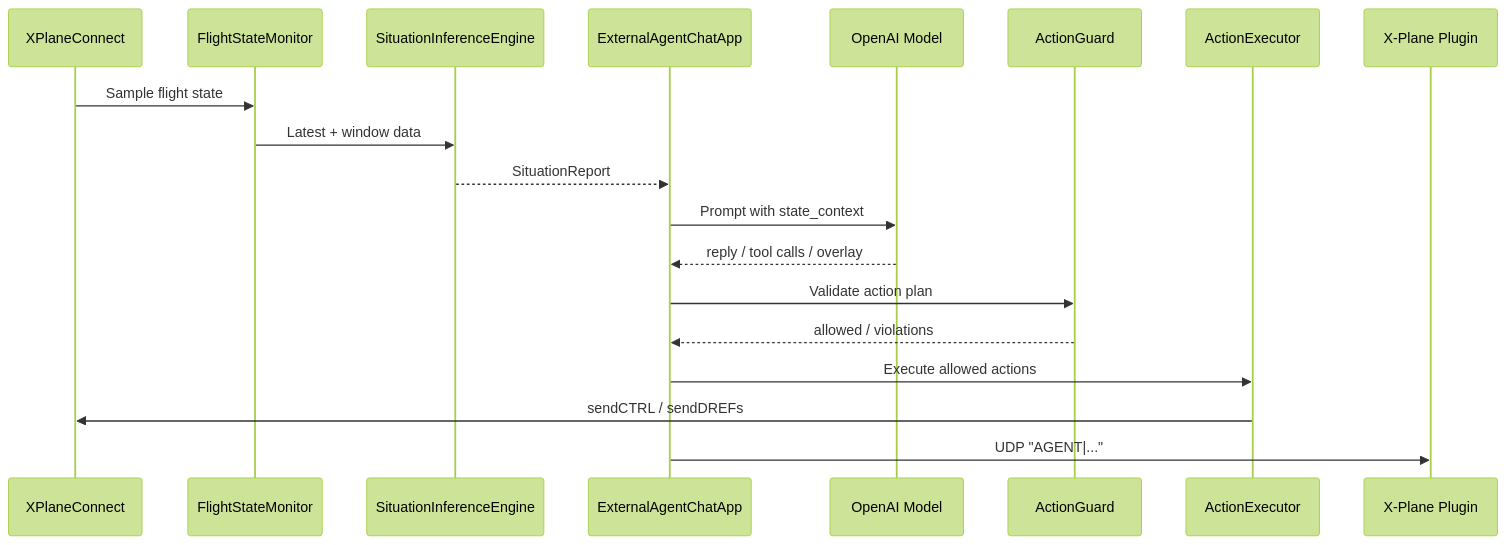
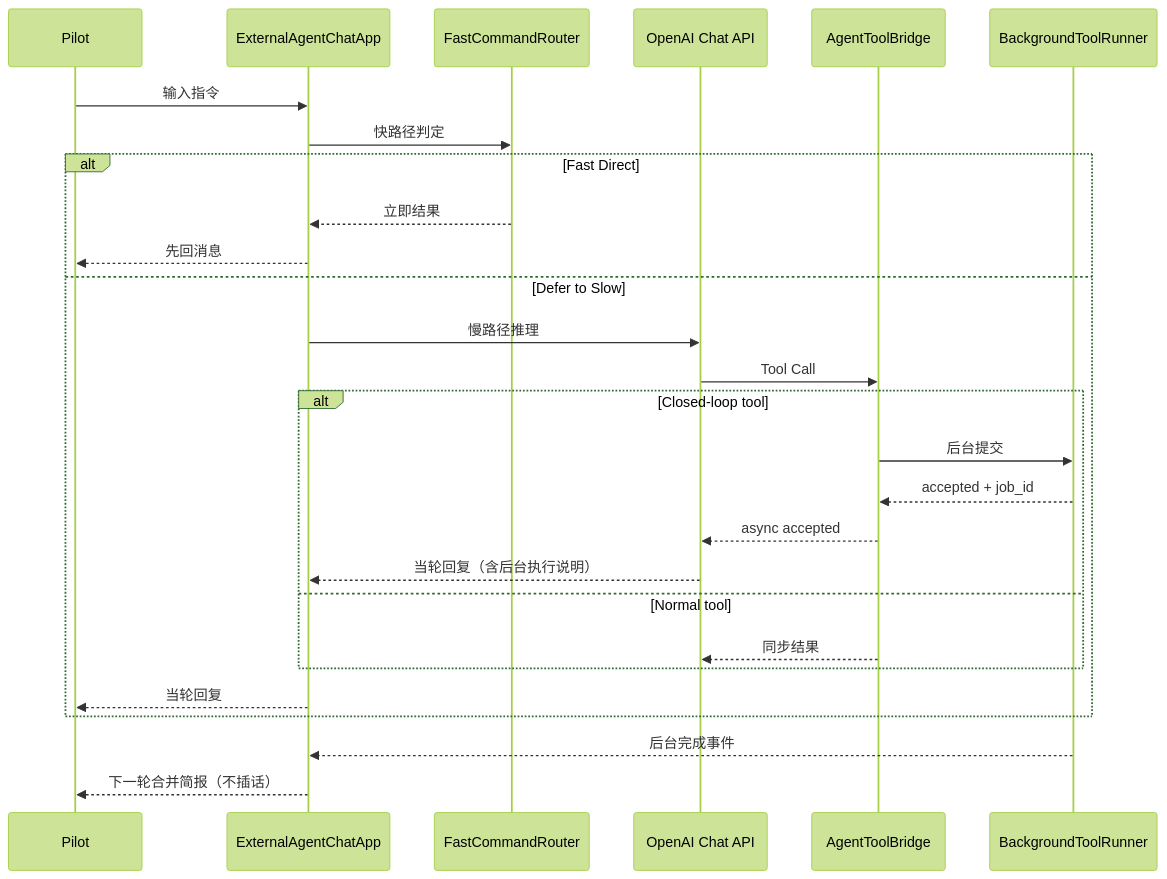
Before and after one commit to wangsc18/Copilot_Agent: the diagram in docs/AGENT_ARCHITECTURE.md, drawn with Mermaid (forest theme). The commit also changed other lines of this file and 14 other files, not shown here.

Commit message:
Refactor co-pilot flow: fast/slow gating, async background tools, and docs refresh

````diff
--- a/docs/AGENT_ARCHITECTURE.md
+++ b/docs/AGENT_ARCHITECTURE.md
@@ -127,22 +83,31 @@
 ```mermaid
 sequenceDiagram
-    participant XPC as XPlaneConnect
-    participant Monitor as FlightStateMonitor
-    participant Situation as SituationInferenceEngine
+    participant User as Pilot
     participant UI as ExternalAgentChatApp
-    participant LLM as OpenAI Model
-    participant Guard as ActionGuard
-    participant Exec as ActionExecutor
-    participant Plugin as X-Plane Plugin
+    participant Fast as FastCommandRouter
+    participant LLM as OpenAI Chat API
+    participant Tool as AgentToolBridge
+    participant BG as BackgroundToolRunner
 
-    XPC->>Monitor: Sample flight state
-    Monitor->>Situation: Latest + window data
-    Situation-->>UI: SituationReport
-    UI->>LLM: Prompt with state_context
-    LLM-->>UI: reply / tool calls / overlay
-    UI->>Guard: Validate action plan
-    Guard-->>UI: allowed / violations
-    UI->>Exec: Execute allowed actions
-    Exec->>XPC: sendCTRL / sendDREFs
-    UI->>Plugin: UDP "AGENT|..."
+    User->>UI: 输入指令
+    UI->>Fast: 快路径判定
+    alt Fast Direct
+        Fast-->>UI: 立即结果
+        UI-->>User: 先回消息
+    else Defer to Slow
+        UI->>LLM: 慢路径推理
+        LLM->>Tool: Tool Call
+        alt Closed-loop tool
+            Tool->>BG: 后台提交
+            BG-->>Tool: accepted + job_id
+            Tool-->>LLM: async accepted
+            LLM-->>UI: 当轮回复（含后台执行说明）
+        else Normal tool
+            Tool-->>LLM: 同步结果
+        end
+        UI-->>User: 当轮回复
+    end
+
+    BG-->>UI: 后台完成事件
+    UI-->>User: 下一轮合并简报（不插话）
 ```
````
